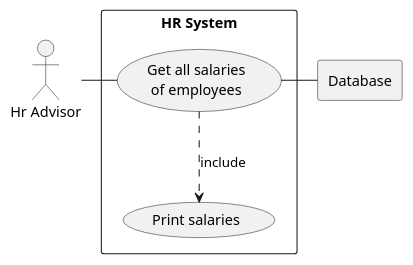
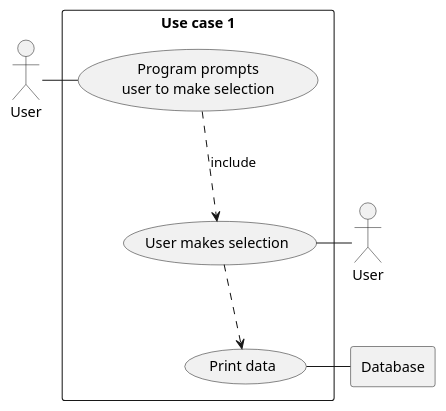
One commit to ESuth/sem changed the first of 3 diagrams in use-cases/HR System.puml. Above: the diagram before and after it, drawn with PlantUML. The commit also changed other lines of this file, not shown here.

Commit message:
36 added use-case diagrams to cover Use-Case 1/3

```diff
--- a/use-cases/HR System.puml
+++ b/use-cases/HR System.puml
@@ -5,18 +5,23 @@
 @startuml
 
-actor HR as "Hr Advisor"
+actor Usr as "User"
+actor Usr1 as "User"
 
 rectangle Database
 
-rectangle "HR System" {
-    usecase UC4 as "Get all salaries
-    of employees"
+rectangle "Use case 1" {
+    usecase UC1 as "Program prompts
+    user to make selection"
 
-    usecase UCa as "Print salaries"
+    usecase UC1a as "User makes selection"
 
-    HR - UC4
-    UC4 ..> UCa : include
-    UC4 - Database
+    usecase UCa as "Print data"
+
+    Usr - UC1
+    Usr1 - UC1a
+    UC1 ..> UC1a : include
+    UC1a ..> UCa
+    UCa - Database
 }
 
 @enduml
```
